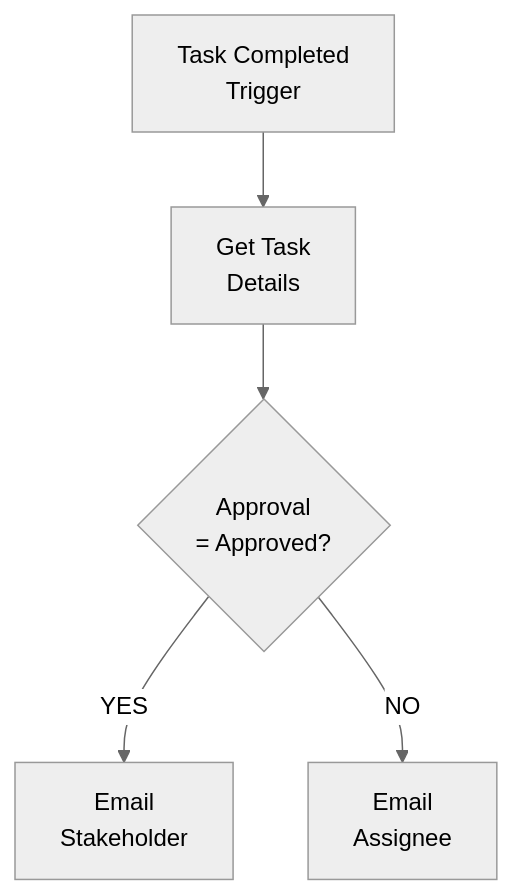
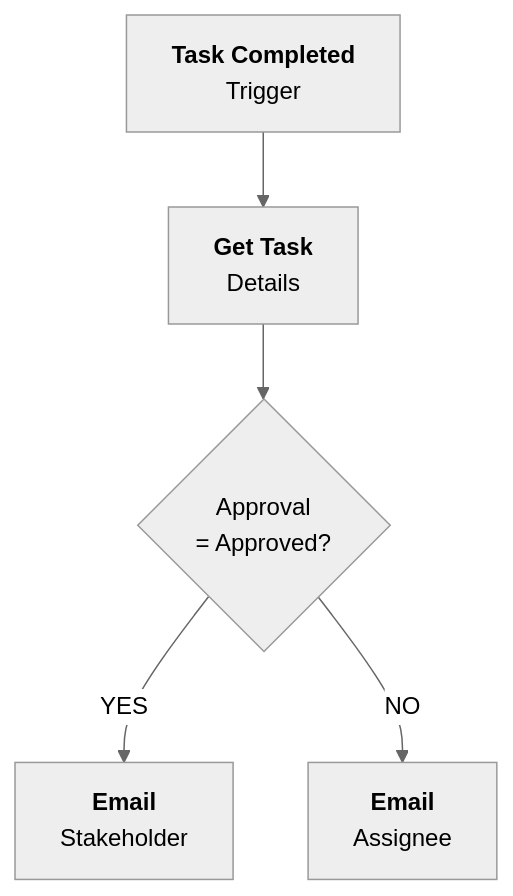
One commit to tallyfy/documentation changed the diagram in src/content/docs/pro/integrations/middleware/power-automate/using-conditional-logic-in-power-automate.mdx. Above: the diagram before and after it, drawn with Mermaid (neutral theme). The commit also changed 22 other files, not shown here.

Commit message:
Adding changes to Mermaid

````diff
--- a/src/content/docs/pro/integrations/middleware/power-automate/using-conditional-logic-in-power-automate.mdx
+++ b/src/content/docs/pro/integrations/middleware/power-automate/using-conditional-logic-in-power-automate.mdx
@@ -91,11 +91,15 @@
 ```mermaid
 flowchart TD
-    Trigger[Task Completed<br/>Trigger] --> GetDetails[Get Task<br/>Details]
+    Trigger["`**Task Completed**
+Trigger`"] --> GetDetails["`**Get Task**
+Details`"]
     GetDetails --> Check{Approval<br/>= Approved?}
     
-    Check -->|YES| Stakeholder[Email<br/>Stakeholder]
-    Check -->|NO| Assignee[Email<br/>Assignee]
+    Check -->|"`YES`"| Stakeholder["`**Email**
+Stakeholder`"]
+    Check -->|"`NO`"| Assignee["`**Email**
+Assignee`"]
     
     click GetDetails "/products/pro/tracking-and-tasks/tasks/" "Learn about Tallyfy tasks"
     click Check "/products/pro/tracking-and-tasks/tasks/what-are-form-fields-in-tallyfy/" "Understanding form fields"
 ```
````
